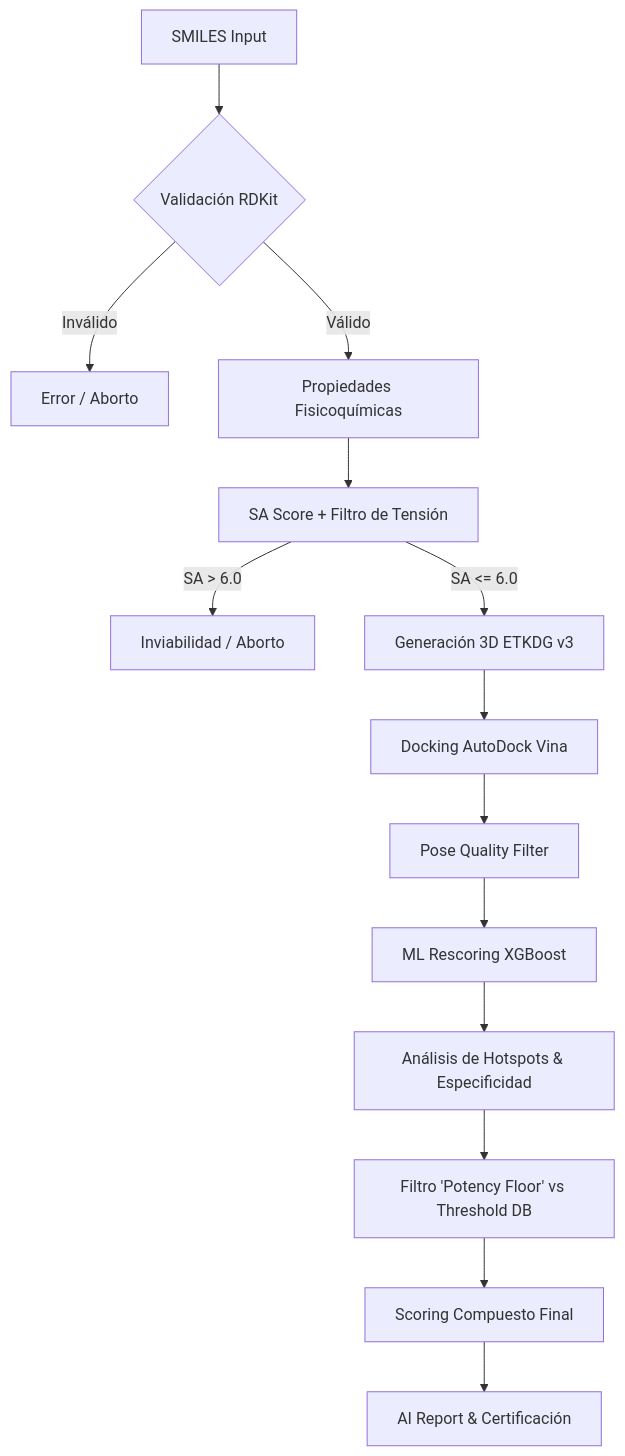
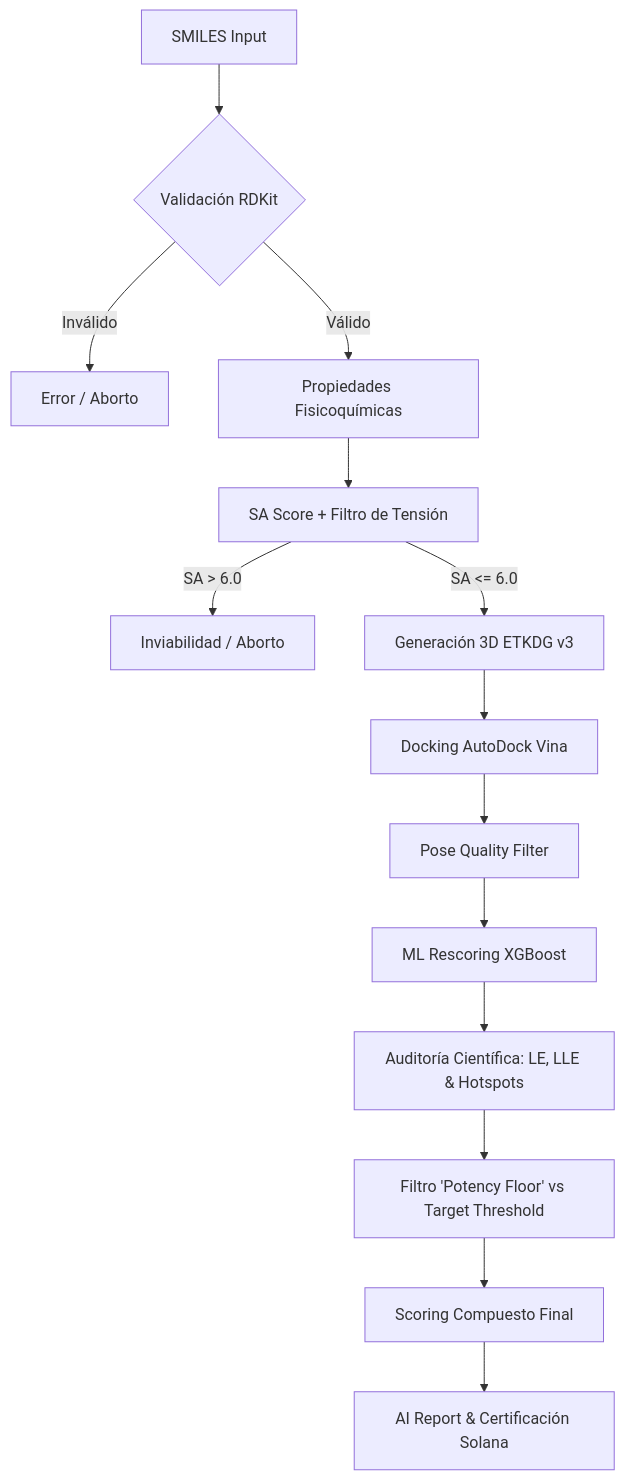
One commit to srcacahuate619/molecule-design changed the diagram in docs/ARCHITECTURE_OVERVIEW.md. Above: the diagram before and after it, drawn with Mermaid. The commit also changed other lines of this file and 23 other files, not shown here.

Commit message:
docs: Rebrand to Moldex v5.2, update architecture with Scientific Auditor and document PCSK9 hit

````diff
--- a/docs/ARCHITECTURE_OVERVIEW.md
+++ b/docs/ARCHITECTURE_OVERVIEW.md
@@ -9,16 +9,16 @@
 ```mermaid
 graph TD
     A[SMILES Input] --> B{Validación RDKit}
     B -- Inválido --> C[Error / Aborto]
     B -- Válido --> D[Propiedades Fisicoquímicas]
     D --> E[SA Score + Filtro de Tensión]
     E -- SA > 6.0 --> F[Inviabilidad / Aborto]
     E -- SA <= 6.0 --> G[Generación 3D ETKDG v3]
     G --> H[Docking AutoDock Vina]
     H --> I[Pose Quality Filter]
     I --> J[ML Rescoring XGBoost]
-    J --> K[Análisis de Hotspots & Especificidad]
-    K --> L[Filtro 'Potency Floor' vs Threshold DB]
+    J --> K[Auditoría Científica: LE, LLE & Hotspots]
+    K --> L[Filtro 'Potency Floor' vs Target Threshold]
     L --> M[Scoring Compuesto Final]
-    M --> N[AI Report & Certificación]
+    M --> N[AI Report & Certificación Solana]
 ```
````
